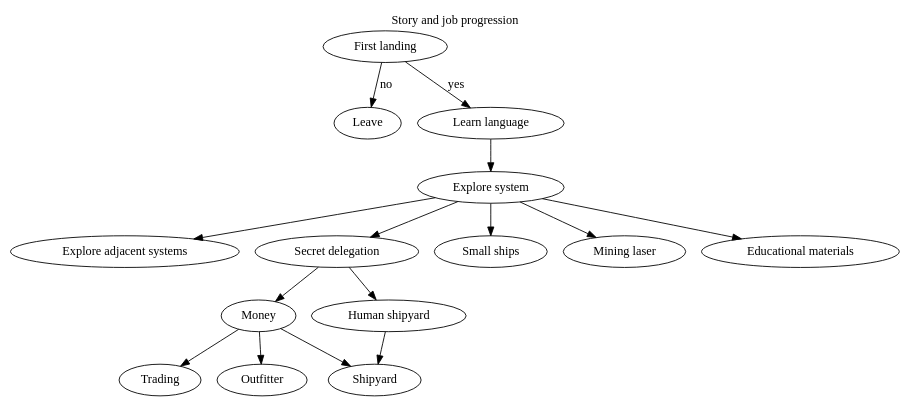
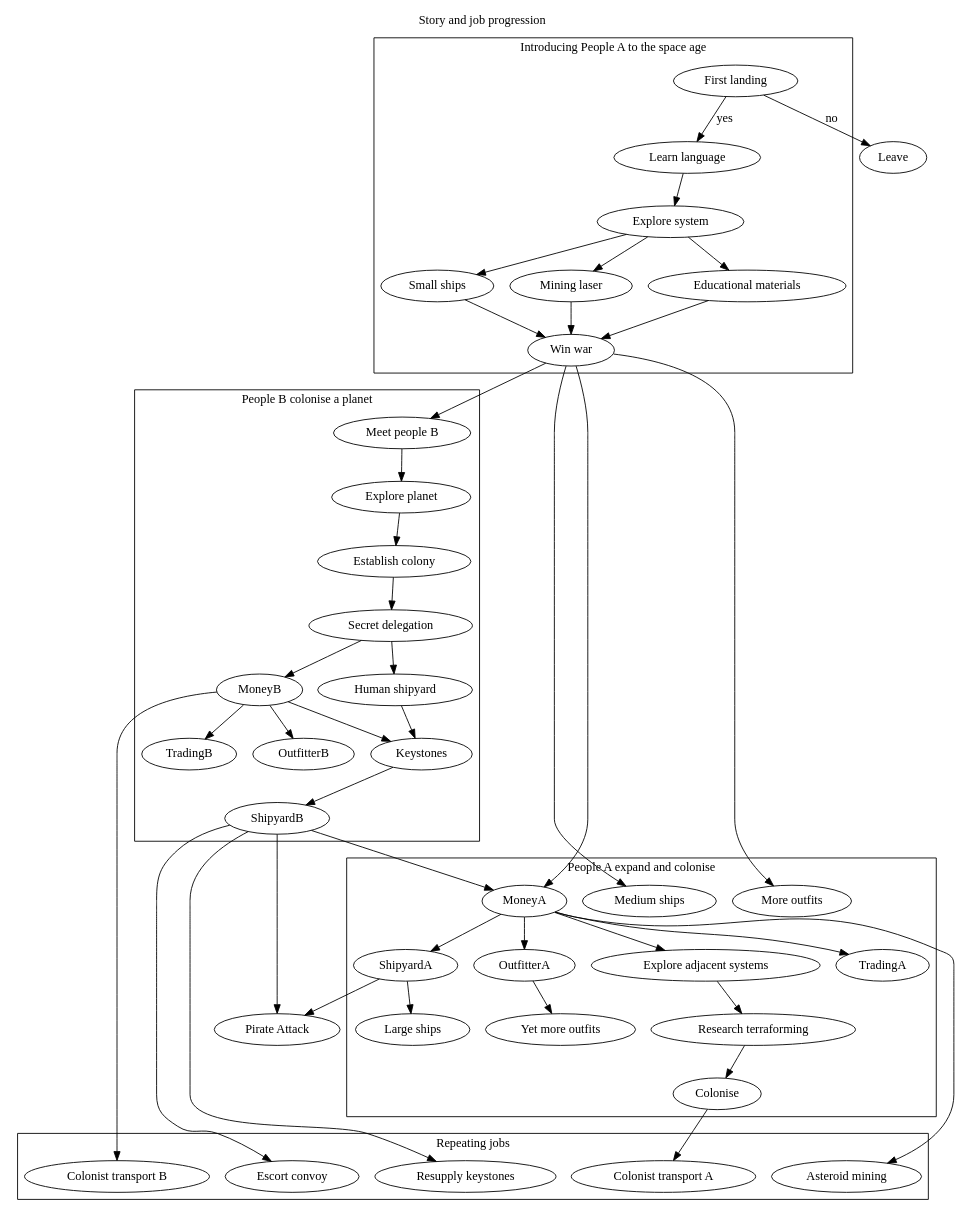
One commit to dennistribe/es-low-tech-worlds changed the diagram in planning/story.dot. Above: the diagram before and after it, drawn with Graphviz. The commit also changed 1 other file, not shown here.

Commit message:
Expanded story diagram to match discussion with James

```diff
--- a/planning/story.dot
+++ b/planning/story.dot
@@ -1,15 +1,50 @@
 // Outline of story
 
 digraph {
 	label = "Story and job progression"
 	labelloc = "t"
 	
 	// Story
 	"First landing" -> Leave [label = "no"]
 	"First landing" -> "Learn language" [label = "yes"]
 	"Learn language" -> "Explore system"
-	"Explore system" -> {"Explore adjacent systems","Secret delegation","Small ships","Mining laser","Educational materials"}
-	"Secret delegation" -> {Money,"Human shipyard"} -> Shipyard
-	Money -> {Trading,Outfitter}
+	"Explore system" -> {"Small ships","Mining laser","Educational materials"} -> "Win war"
+	
+	"Win war" -> "Meet people B" -> "Explore planet" -> "Establish colony" -> "Secret delegation" -> {MoneyB,"Human shipyard"} -> Keystones -> ShipyardB
+	MoneyB -> {TradingB,OutfitterB}
+	MoneyB -> {"Colonist transport B"}
+	ShipyardB -> {"Escort convoy", "Resupply keystones"}
+	
+	
+	"Win war" -> {"Medium ships","More outfits"}
+	{ShipyardB,"Win war"} -> MoneyA -> {ShipyardA,TradingA,OutfitterA}
+	MoneyA -> "Explore adjacent systems" -> "Research terraforming" -> "Colonise"
+	ShipyardA -> "Large ships"
+	OutfitterA -> "Yet more outfits"
+	MoneyA -> "Asteroid mining"
+	"Colonise" -> "Colonist transport A"
+	
+	{ShipyardB,ShipyardA} -> "Pirate Attack"
+	
+	// Organise
+	subgraph cluster1 {
+		label = "Introducing People A to the space age"
+		"First landing"; "Learn language"; "Explore system"; "Small ships";"Mining laser";"Educational materials";"Win war"
+	}
+	
+	subgraph cluster2 {
+		label = "People B colonise a planet"
+		"Meet people B" ; "Explore planet"; "Establish colony"; "Secret delegation"; MoneyB;"Human shipyard"; ShipyardB; TradingB; OutfitterB; Keystones
+	}
+	
+	subgraph cluster3 {
+		label = "People A expand and colonise"
+		"Medium ships"; "More outfits";MoneyA;ShipyardA; TradingA; OutfitterA; "Explore adjacent systems"; "Research terraforming"; "Colonise"; "Large ships"; "Yet more outfits"		
+	}
+	
+	subgraph clusterJobs {
+		label = "Repeating jobs"
+		"Colonist transport B"; "Colonist transport A"; "Asteroid mining"; "Escort convoy"; "Resupply keystones"
+	}
 	
 	}
```
